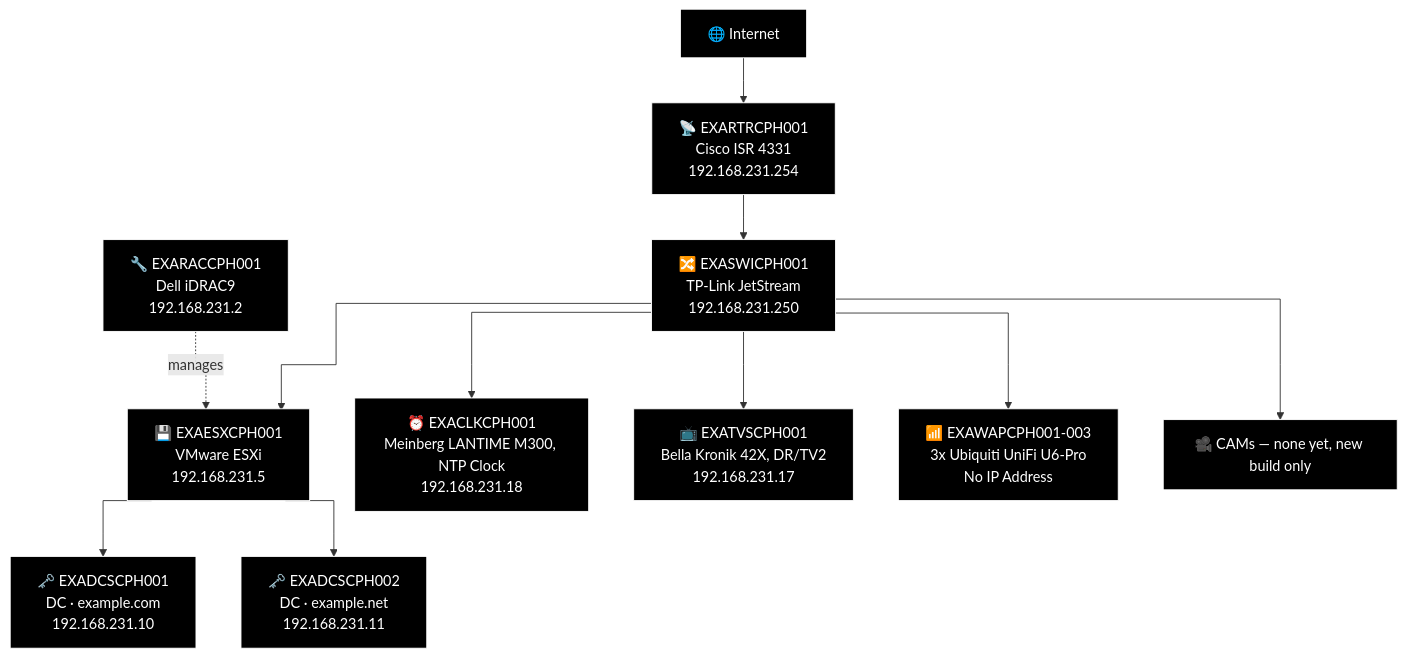
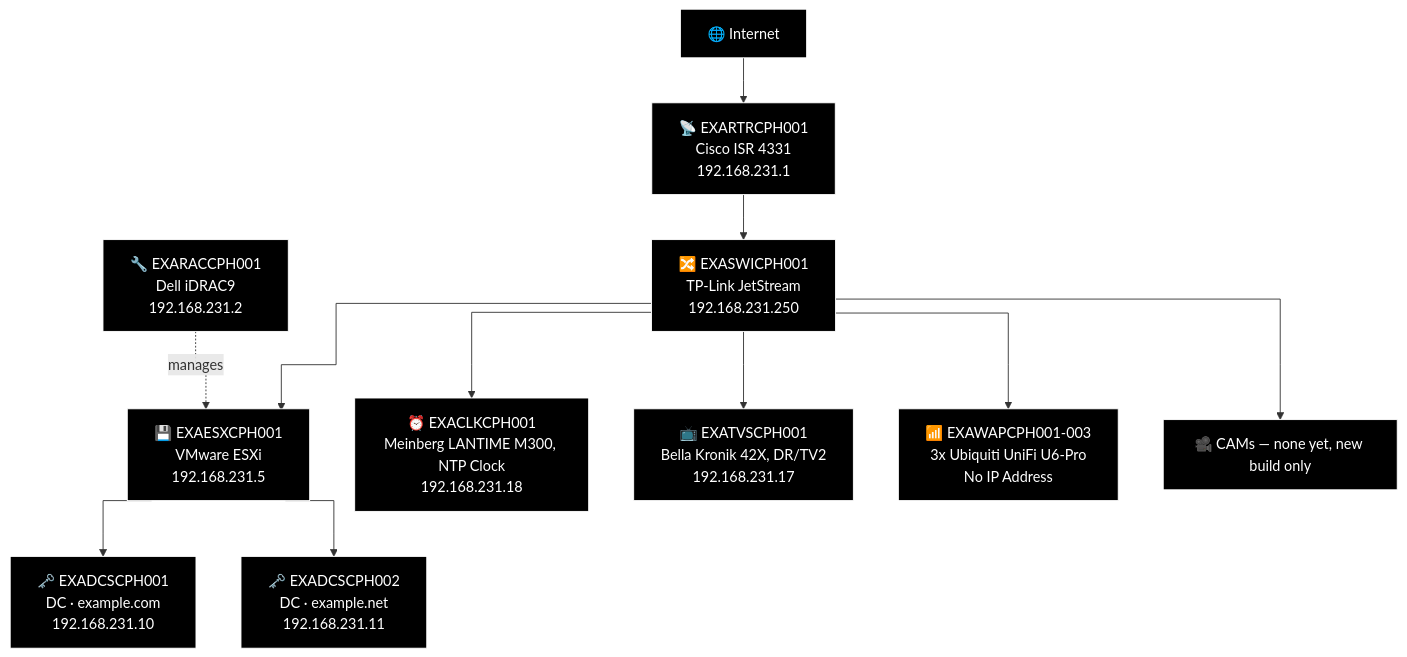
Before and after one commit to knightmare2600/example_music_infra: the first of 23 diagrams in docs/network-diagram/danmark.md, drawn with Mermaid. The commit also changed other lines of this file and 7 other files, not shown here.

````diff
--- a/docs/network-diagram/danmark.md
+++ b/docs/network-diagram/danmark.md
@@ -24,39 +24,39 @@
 ```mermaid
 %%{init: {'flowchart': {'curve': 'stepAfter'}}}%%
 graph TD
     O_INET["🌐 Internet"]
-    O_RTR["📡 EXARTRCPH001<br/>Cisco ISR 4331<br/>192.168.231.254"]
+    O_RTR["📡 EXARTRCPH001<br/>Cisco ISR 4331<br/>192.168.231.1"]
     O_INET --> O_RTR
     O_SW["🔀 EXASWICPH001<br/>TP-Link JetStream<br/>192.168.231.250"]
     O_RTR --> O_SW
 
     O_RAC["🔧 EXARACCPH001<br/>Dell iDRAC9<br/>192.168.231.2"]
     O_ESX["💾 EXAESXCPH001<br/>VMware ESXi<br/>192.168.231.5"]
     O_DC1["🗝️ EXADCSCPH001<br/>DC · example.com<br/>192.168.231.10"]
     O_DC2["🗝️ EXADCSCPH002<br/>DC · example.net<br/>192.168.231.11"]
     O_SW --> O_ESX
     O_RAC -.->|"manages"| O_ESX
     O_ESX --> O_DC1
     O_ESX --> O_DC2
 
     O_NTP["⏰ EXACLKCPH001<br/>Meinberg LANTIME M300, NTP Clock<br/>192.168.231.18"]
     O_TV["📺 EXATVSCPH001<br/>Bella Kronik 42X, DR/TV2<br/>192.168.231.17"]
     O_WAP["📶 EXAWAPCPH001-003<br/>3x Ubiquiti UniFi U6-Pro<br/>No IP Address"]
     O_CAM["🎥 CAMs — none yet, new build only"]
     O_SW --> O_NTP
     O_SW --> O_TV
     O_SW --> O_WAP
     O_SW --> O_CAM
 
     style O_INET fill:#000000,stroke:#FFFFFF,color:#FFFFFF
     style O_RTR fill:#000000,stroke:#FFFFFF,color:#FFFFFF
     style O_SW fill:#000000,stroke:#FFFFFF,color:#FFFFFF
     style O_RAC fill:#000000,stroke:#FFFFFF,color:#FFFFFF
     style O_ESX fill:#000000,stroke:#FFFFFF,color:#FFFFFF
     style O_DC1 fill:#000000,stroke:#FFFFFF,color:#FFFFFF
     style O_DC2 fill:#000000,stroke:#FFFFFF,color:#FFFFFF
     style O_NTP fill:#000000,stroke:#FFFFFF,color:#FFFFFF
     style O_TV fill:#000000,stroke:#FFFFFF,color:#FFFFFF
     style O_WAP fill:#000000,stroke:#FFFFFF,color:#FFFFFF
     style O_CAM fill:#000000,stroke:#FFFFFF,color:#FFFFFF
 ```
````
